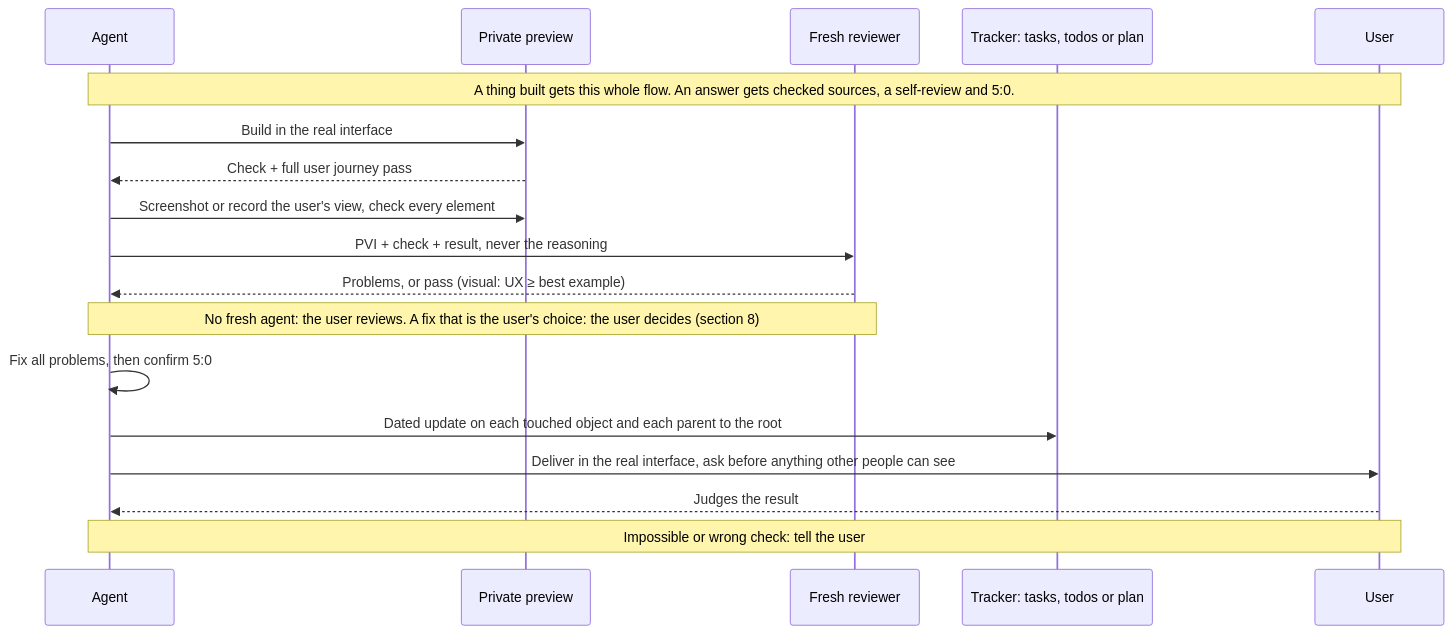
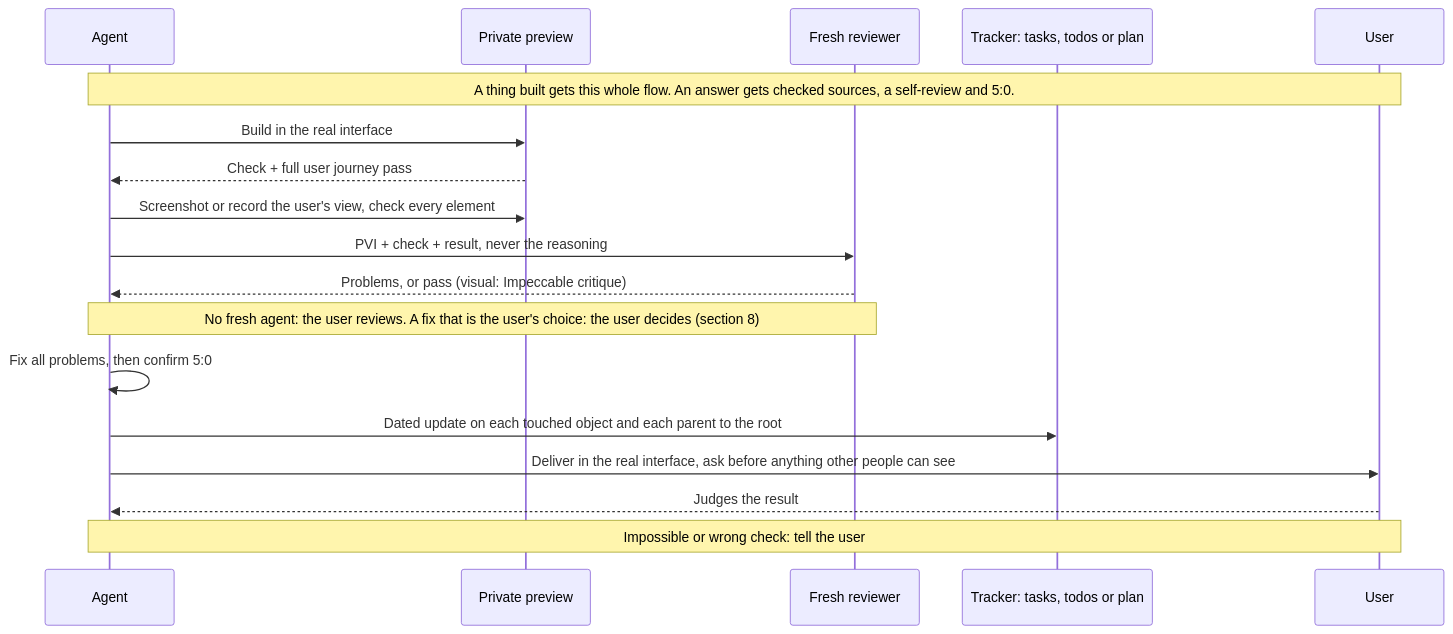
Before and after one commit to SolenixAI/arbiter: diagram 11 of 14 in AGENTS.md, drawn with Mermaid. The commit also changed other lines of this file, not shown here.

First line of the commit message:
docs(agents): visual quality goes to Impeccable Design; drop the redundant intro (#8)

````diff
--- a/AGENTS.md
+++ b/AGENTS.md
@@ -454,20 +449,20 @@
 ```mermaid
 sequenceDiagram
   participant A as Agent
   participant P as Private preview
   participant R as Fresh reviewer
   participant T as Tracker: tasks, todos or plan
   participant U as User
   Note over A,U: A thing built gets this whole flow. An answer gets checked sources, a self-review and 5:0.
   A->>P: Build in the real interface
   P-->>A: Check + full user journey pass
   A->>P: Screenshot or record the user's view, check every element
   A->>R: PVI + check + result, never the reasoning
-  R-->>A: Problems, or pass (visual: UX ≥ best example)
+  R-->>A: Problems, or pass (visual: Impeccable critique)
   Note over A,R: No fresh agent: the user reviews. A fix that is the user's choice: the user decides (section 8)
   A->>A: Fix all problems, then confirm 5:0
   A->>T: Dated update on each touched object and each parent to the root
   A->>U: Deliver in the real interface, ask before anything other people can see
   U-->>A: Judges the result
   Note over A,U: Impossible or wrong check: tell the user
 ```
````
